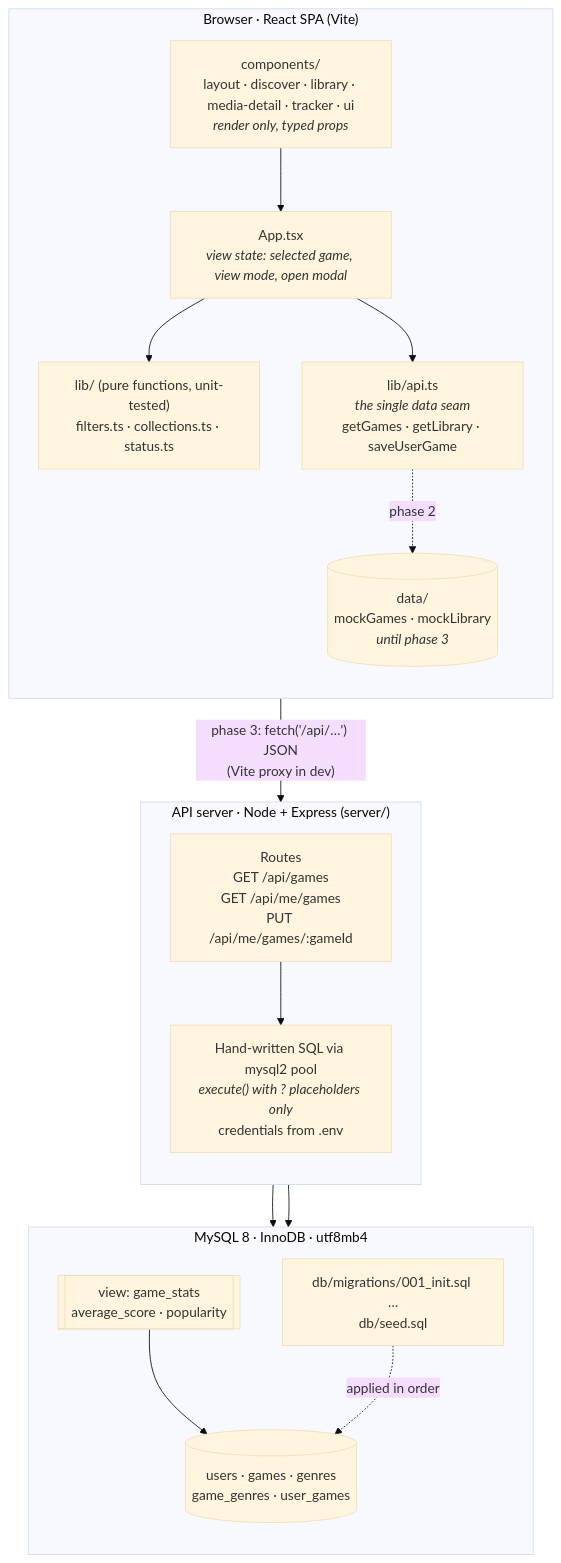
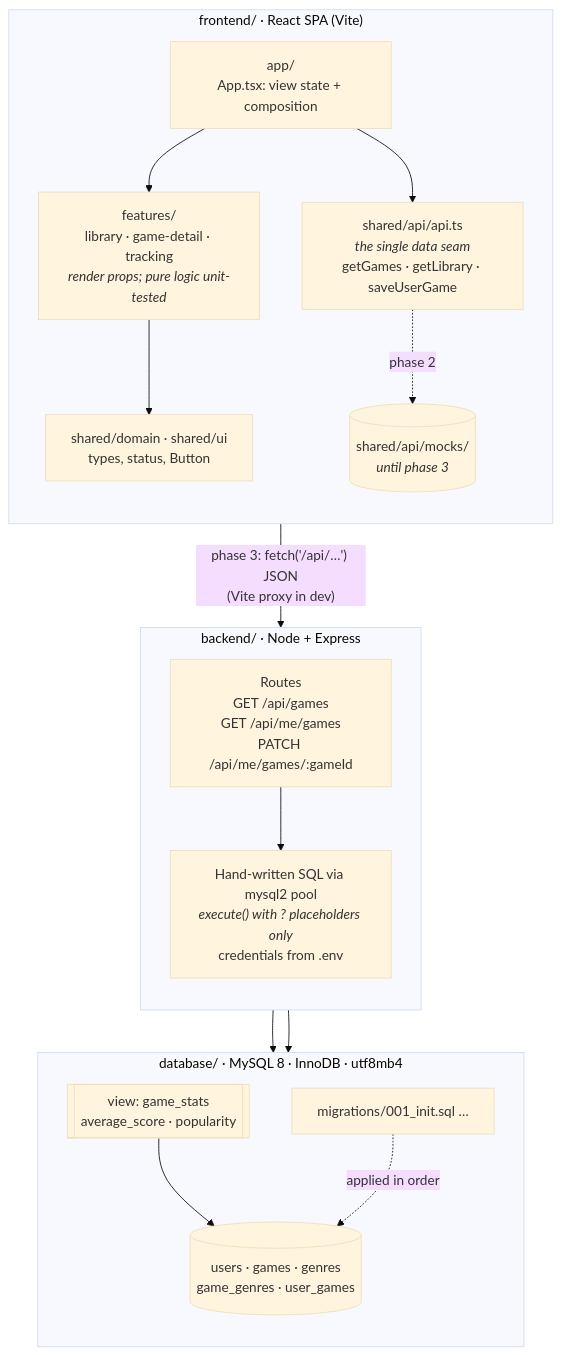
The first of 3 diagrams in docs/architecture.md (feranando0241/GameLibrary-DataBases-), drawn with Mermaid (base theme) before and after one commit. The commit also changed other lines of this file and 35 other files, not shown here.

First line of the commit message:
refactor: modular architecture with frontend, backend and database modules

````diff
--- a/docs/architecture.md
+++ b/docs/architecture.md
@@ -9,35 +50,35 @@
 ```mermaid
 flowchart TB
-  subgraph Browser["Browser · React SPA (Vite)"]
+  subgraph Browser["frontend/ · React SPA (Vite)"]
     direction TB
-    UI["components/<br/>layout · discover · library · media-detail · tracker · ui<br/><i>render only, typed props</i>"]
-    APP["App.tsx<br/><i>view state: selected game, view mode, open modal</i>"]
-    LIB["lib/ (pure functions, unit-tested)<br/>filters.ts · collections.ts · status.ts"]
-    API["lib/api.ts<br/><i>the single data seam</i><br/>getGames · getLibrary · saveUserGame"]
-    MOCK[("data/<br/>mockGames · mockLibrary<br/><i>until phase 3</i>")]
-    UI --> APP
-    APP --> LIB
+    APP["app/<br/>App.tsx: view state + composition"]
+    FEAT["features/<br/>library · game-detail · tracking<br/><i>render props; pure logic unit-tested</i>"]
+    API["shared/api/api.ts<br/><i>the single data seam</i><br/>getGames · getLibrary · saveUserGame"]
+    SHARED["shared/domain · shared/ui<br/>types, status, Button"]
+    MOCK[("shared/api/mocks/<br/><i>until phase 3</i>")]
+    APP --> FEAT
     APP --> API
+    FEAT --> SHARED
     API -. "phase 2" .-> MOCK
   end
 
-  subgraph Server["API server · Node + Express (server/)"]
+  subgraph Server["backend/ · Node + Express"]
     direction TB
-    ROUTES["Routes<br/>GET /api/games<br/>GET /api/me/games<br/>PUT /api/me/games/:gameId"]
+    ROUTES["Routes<br/>GET /api/games<br/>GET /api/me/games<br/>PATCH /api/me/games/:gameId"]
     SQL["Hand-written SQL via mysql2 pool<br/><i>execute() with ? placeholders only</i><br/>credentials from .env"]
     ROUTES --> SQL
   end
 
-  subgraph DB["MySQL 8 · InnoDB · utf8mb4"]
+  subgraph DB["database/ · MySQL 8 · InnoDB · utf8mb4"]
     direction TB
     TABLES[("users · games · genres<br/>game_genres · user_games")]
     VIEW[["view: game_stats<br/>average_score · popularity"]]
-    MIG["db/migrations/001_init.sql …<br/>db/seed.sql"]
+    MIG["migrations/001_init.sql …"]
     VIEW --> TABLES
     MIG -. "applied in order" .-> TABLES
   end
 
   API -- "phase 3: fetch('/api/…') JSON<br/>(Vite proxy in dev)" --> ROUTES
   SQL --> TABLES
   SQL --> VIEW
 ```
````
